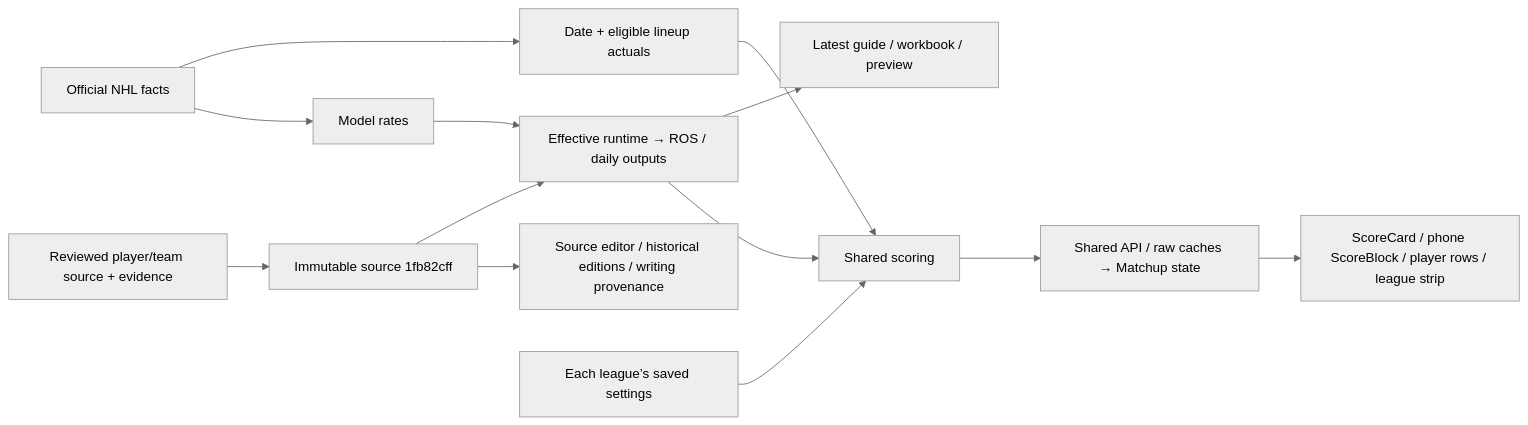
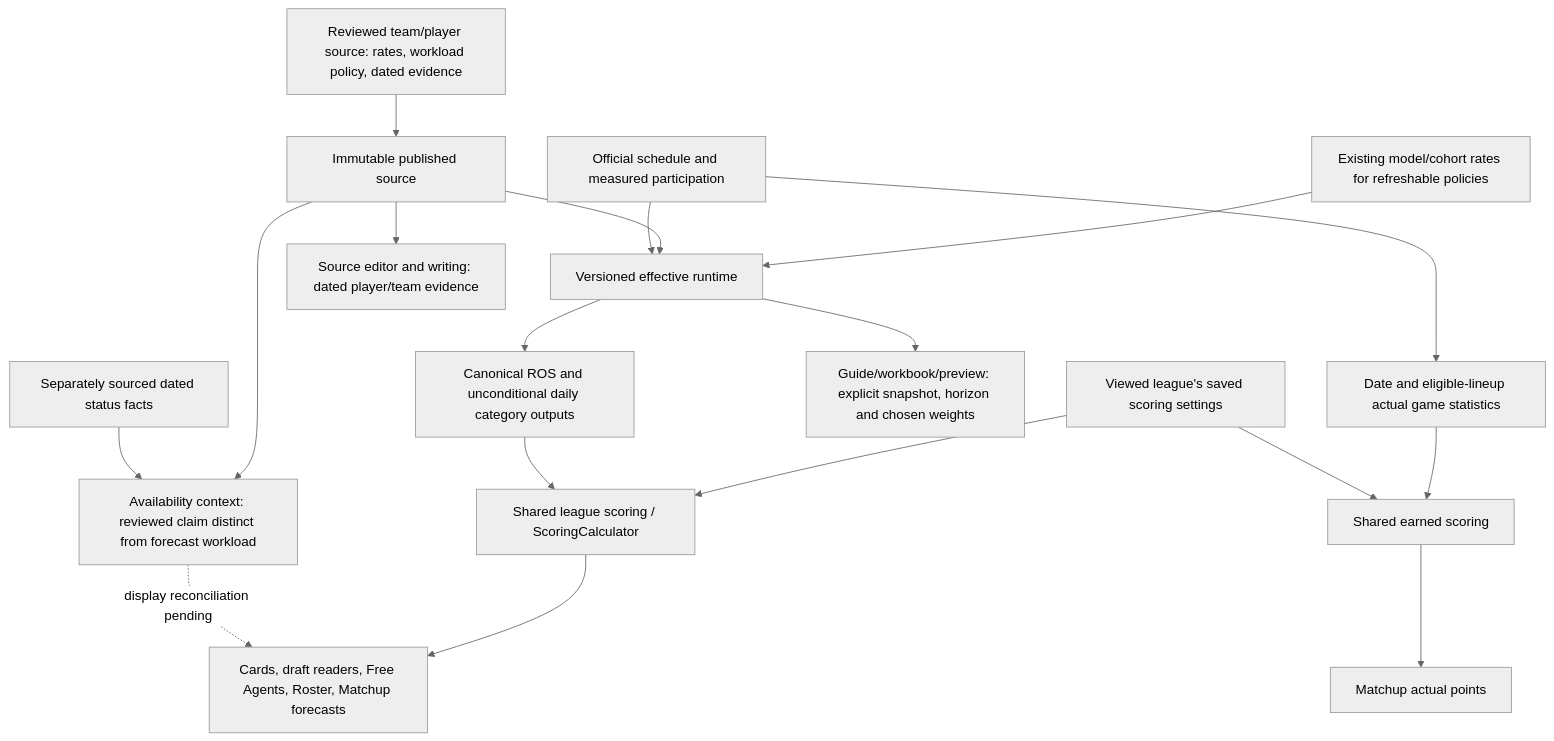
The diagram in scripts/ops/projection-retirement/CUTOVER.md (Gstormsfh/citrus-league-storm-main), drawn with Mermaid (neutral theme) before and after one commit. The commit also changed other lines of this file and 48 other files, not shown here.

Commit message:
Connect dated availability to player displays and guard projection revisions

````diff
--- a/scripts/ops/projection-retirement/CUTOVER.md
+++ b/scripts/ops/projection-retirement/CUTOVER.md
@@ -5,15 +9,20 @@
 ```mermaid
-flowchart LR
- F[Official NHL facts] --> A[Date + eligible lineup actuals]
- F --> M[Model rates]
- R[Reviewed player/team source + evidence] --> C[Immutable source 1fb82cff]
- C --> P[Effective runtime → ROS / daily outputs]
- M --> P
- P --> E[Latest guide / workbook / preview]
- C --> W[Source editor / historical editions / writing provenance]
- L[Each league’s saved settings] --> S[Shared scoring]
- A --> S
- P --> S
- S --> U[Shared API / raw caches → Matchup state]
- U --> V[ScoreCard / phone ScoreBlock / player rows / league strip]
+flowchart TD
+  R[Reviewed team/player source: rates, workload policy, dated evidence] --> C[Immutable published source]
+  M[Existing model/cohort rates for refreshable policies] --> P[Versioned effective runtime]
+  C --> P
+  F[Official schedule and measured participation] --> P
+  P --> O[Canonical ROS and unconditional daily category outputs]
+  L[Viewed league's saved scoring settings] --> S[Shared league scoring / ScoringCalculator]
+  O --> S
+  S --> U[Cards, draft readers, Free Agents, Roster, Matchup forecasts]
+  F --> A[Date and eligible-lineup actual game statistics]
+  A --> E[Shared earned scoring]
+  L --> E
+  E --> V[Matchup actual points]
+  P --> X[Guide/workbook/preview: explicit snapshot, horizon and chosen weights]
+  C --> W[Source editor and writing: dated player/team evidence]
+  C --> D[Availability context: reviewed claim distinct from forecast workload]
+  H[Separately sourced dated status facts] --> D
+  D -. display reconciliation pending .-> U
 ```
````
